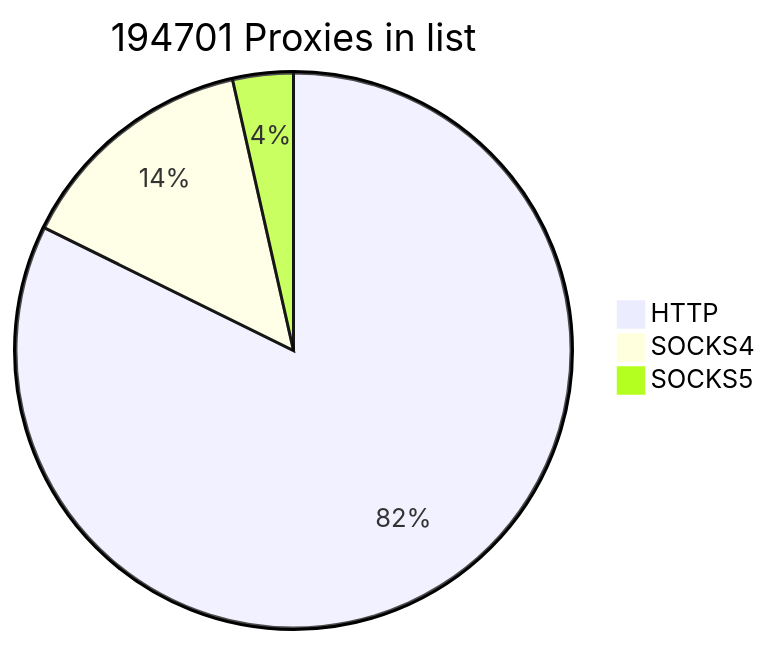
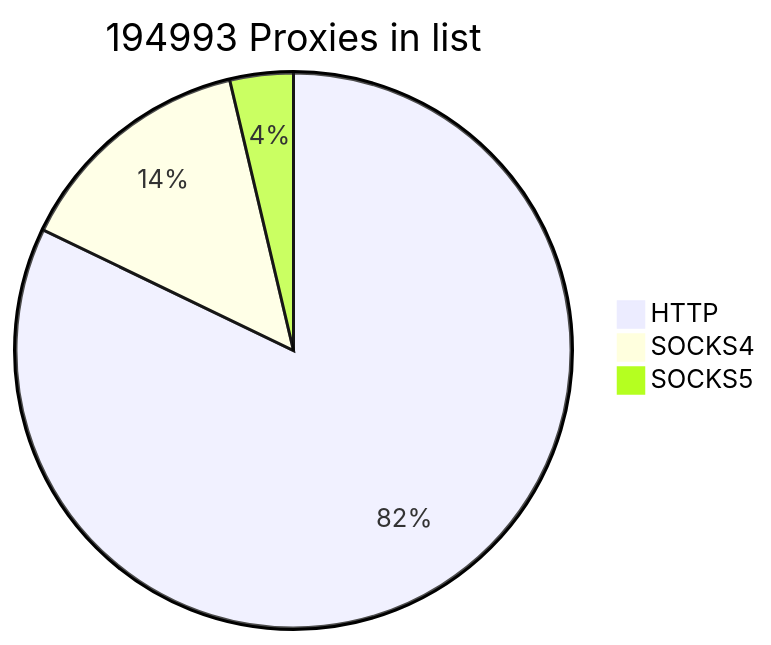
One commit to cutipu/proxylist changed the first of 2 diagrams in README.md. Above: the diagram before and after it, drawn with Mermaid. The commit also changed other lines of this file, not shown here.

````diff
--- a/README.md
+++ b/README.md
@@ -2,7 +2,7 @@
 ```mermaid
-pie title 194701 Proxies in list
-    "HTTP" : 160208
-    "SOCKS4" : 27632
-    "SOCKS5" : 6861
+pie title 194993 Proxies in list
+    "HTTP" : 160171
+    "SOCKS4" : 27633
+    "SOCKS5" : 7189
             
 ```
````
